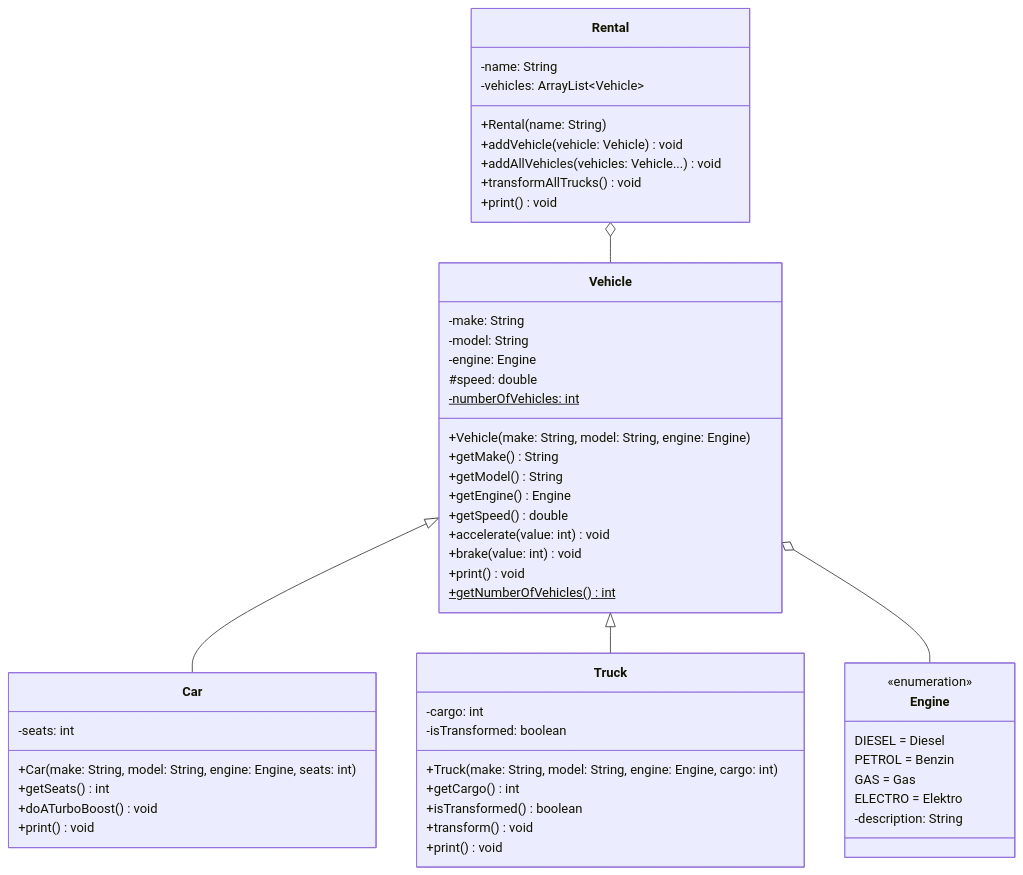
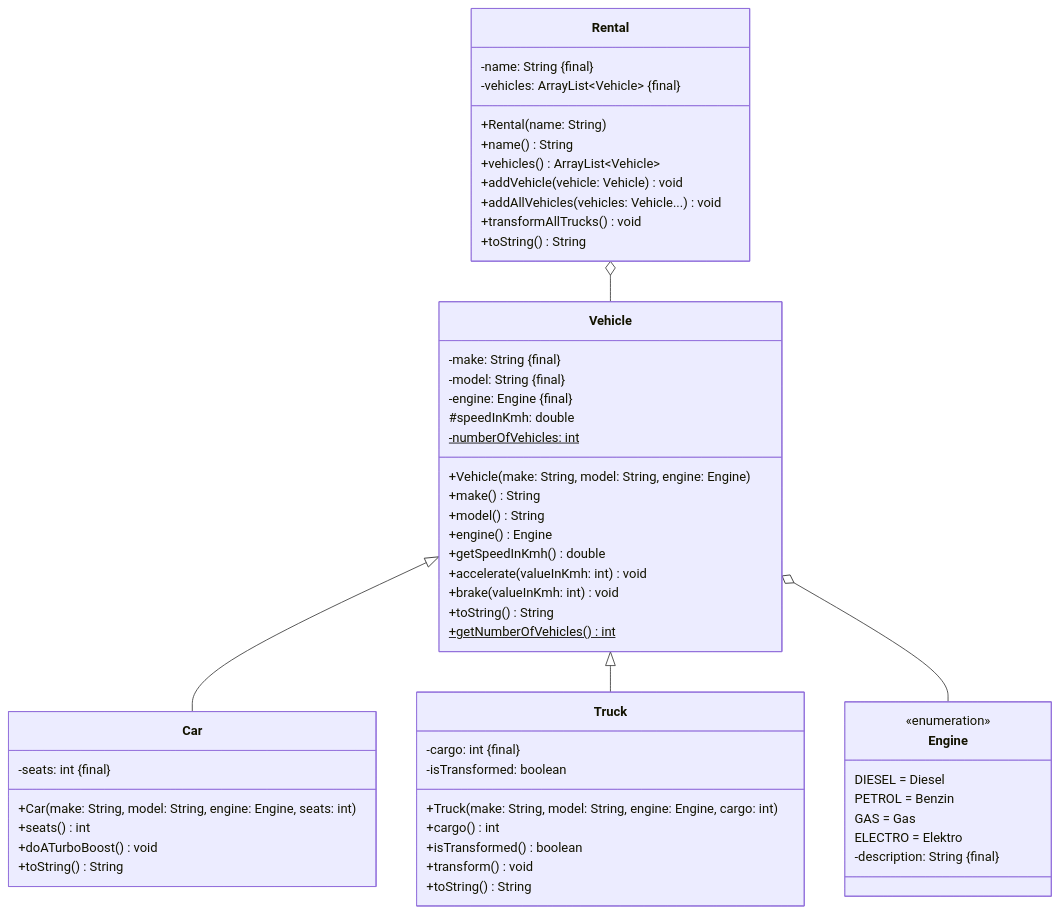
One commit to jappuccini/java-docs changed the diagram in docs/exercises/polymorphy/polymorphy03.mdx. Above: the diagram before and after it, drawn with Mermaid. The commit also changed 39 other files, not shown here.

````diff
--- a/docs/exercises/polymorphy/polymorphy03.mdx
+++ b/docs/exercises/polymorphy/polymorphy03.mdx
@@ -15,61 +15,63 @@
 ```mermaid
 classDiagram
     Vehicle <|-- Car
     Vehicle <|-- Truck
     Vehicle o-- Engine
     Rental o-- Vehicle
 
     class Vehicle {
-        -make: String
-        -model: String
-        -engine: Engine
-        #speed: double
+        -make: String &#123final&#125
+        -model: String &#123final&#125
+        -engine: Engine &#123final&#125
+        #speedInKmh: double
         -numberOfVehicles: int$
         +Vehicle(make: String, model: String, engine: Engine)
-        +getMake() String
-        +getModel() String
-        +getEngine() Engine
-        +getSpeed() double
-        +accelerate(value: int) void
-        +brake(value: int) void
-        +print() void
+        +make() String
+        +model() String
+        +engine() Engine
+        +getSpeedInKmh() double
+        +accelerate(valueInKmh: int) void
+        +brake(valueInKmh: int) void
+        +toString() String
         +getNumberOfVehicles()$ int
     }
 
     class Engine {
         <<enumeration>>
         DIESEL = Diesel
         PETROL = Benzin
         GAS = Gas
         ELECTRO = Elektro
-        -description: String
+        -description: String &#123final&#125
     }
 
     class Car {
-        -seats: int
+        -seats: int &#123final&#125
         +Car(make: String, model: String, engine: Engine, seats: int)
-        +getSeats() int
+        +seats() int
         +doATurboBoost() void
-        +print() void
+        +toString() String
     }
 
     class Truck {
-        -cargo: int
+        -cargo: int &#123final&#125
         -isTransformed: boolean
         +Truck(make: String, model: String, engine: Engine, cargo: int)
-        +getCargo() int
+        +cargo() int
         +isTransformed() boolean
         +transform() void
-        +print() void
+        +toString() String
     }
 
     class Rental {
-        -name: String
-        -vehicles: ArrayList~Vehicle~
+        -name: String &#123final&#125
+        -vehicles: ArrayList~Vehicle~ &#123final&#125
         +Rental(name: String)
+        +name() String
+        +vehicles() ArrayList~Vehicle~
         +addVehicle(vehicle: Vehicle) void
         +addAllVehicles(vehicles: Vehicle...) void
         +transformAllTrucks() void
-        +print() void
+        +toString() String
     }
 ```
````
